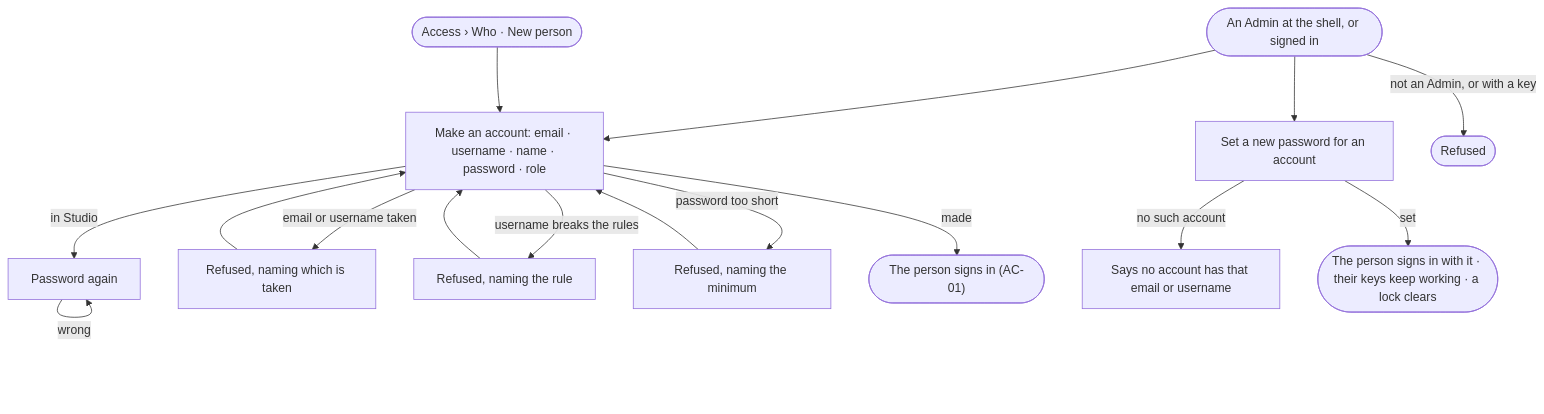
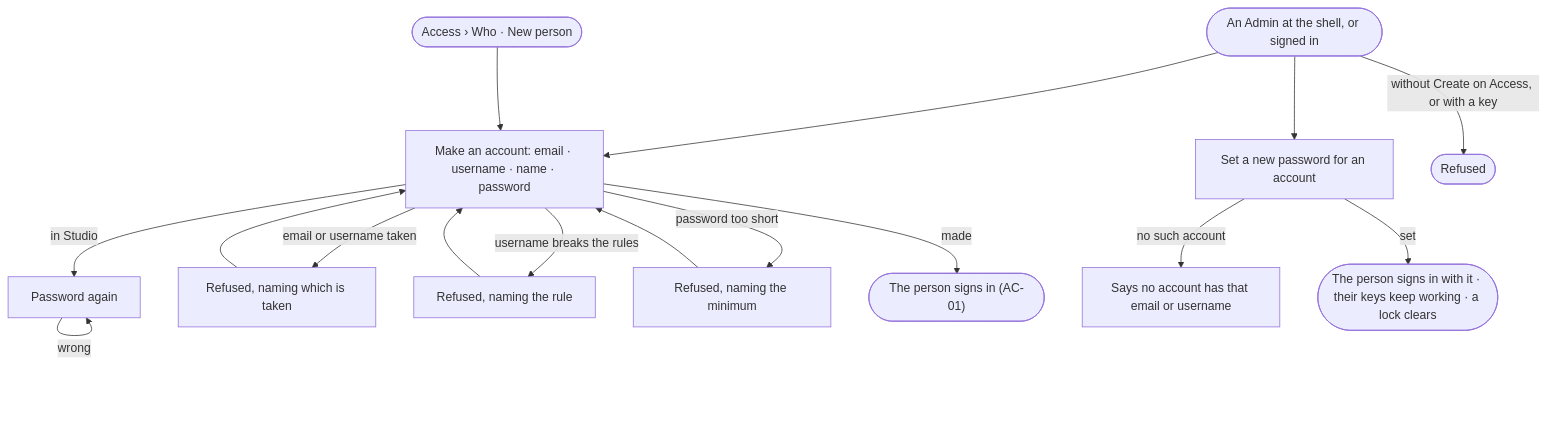
One commit to invana/invana changed the diagram in specs/os/access/features/AC-F01-sign-in-account-and-sessions/stories/AC-18-give-a-person-an-account/story.md. Above: the diagram before and after it, drawn with Mermaid. The commit also changed other lines of this file and 236 other files, not shown here.

First line of the commit message:
docs(specs): grant by permission, not role, across access and records

````diff
--- a/specs/os/access/features/AC-F01-sign-in-account-and-sessions/stories/AC-18-give-a-person-an-account/story.md
+++ b/specs/os/access/features/AC-F01-sign-in-account-and-sessions/stories/AC-18-give-a-person-an-account/story.md
@@ -26,14 +26,14 @@
 ```mermaid
 flowchart TD
-  a([An Admin at the shell, or signed in]) --> c["Make an account: email · username · name · password · role"]
+  a([An Admin at the shell, or signed in]) --> c["Make an account: email · username · name · password"]
   st([Access › Who · New person]) --> c
   c -->|in Studio| pa["Password again"] -->|wrong| pa
   c -->|email or username taken| t["Refused, naming which is taken"] --> c
   c -->|username breaks the rules| u["Refused, naming the rule"] --> c
   c -->|password too short| pw["Refused, naming the minimum"] --> c
   c -->|made| ok(["The person signs in (AC-01)"])
   a --> r["Set a new password for an account"]
   r -->|no such account| nf["Says no account has that email or username"]
   r -->|set| rs(["The person signs in with it · their keys keep working · a lock clears"])
-  a -->|not an Admin, or with a key| no(["Refused"])
+  a -->|without Create on Access, or with a key| no(["Refused"])
 ```
````
